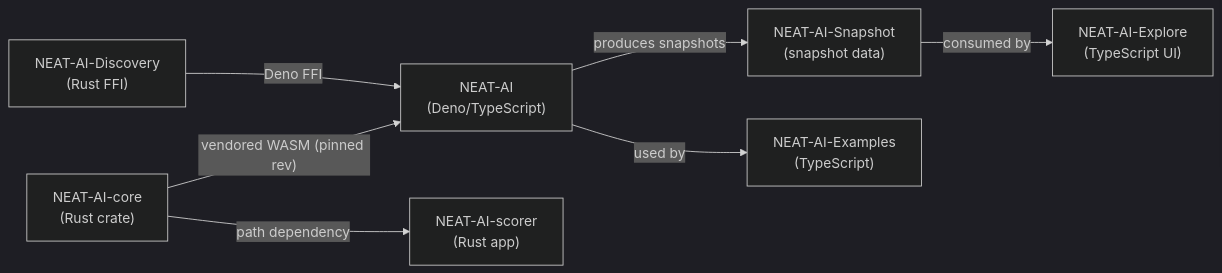
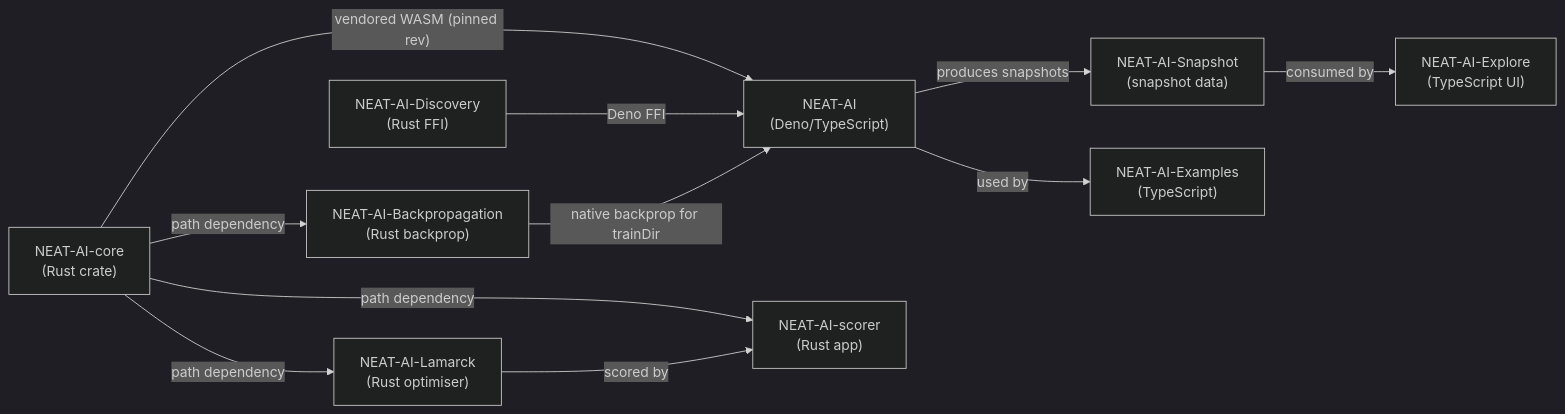
Before and after one commit to stSoftwareAU/NEAT-AI: the third of 3 diagrams in README.md, drawn with Mermaid (dark theme). The commit also changed other lines of this file and 8 other files, not shown here.

````diff
--- a/README.md
+++ b/README.md
@@ -316,17 +318,23 @@
 ```mermaid
 flowchart LR
   core["NEAT-AI-core<br/>(Rust crate)"]
   discovery["NEAT-AI-Discovery<br/>(Rust FFI)"]
   neat["NEAT-AI<br/>(Deno/TypeScript)"]
   snapshot["NEAT-AI-Snapshot<br/>(snapshot data)"]
   scorer["NEAT-AI-scorer<br/>(Rust app)"]
+  backprop["NEAT-AI-Backpropagation<br/>(Rust backprop)"]
+  lamarck["NEAT-AI-Lamarck<br/>(Rust optimiser)"]
   explore["NEAT-AI-Explore<br/>(TypeScript UI)"]
   examples["NEAT-AI-Examples<br/>(TypeScript)"]
 
   core -- "vendored WASM (pinned rev)" --> neat
   core -- "path dependency" --> scorer
+  core -- "path dependency" --> backprop
+  core -- "path dependency" --> lamarck
   discovery -- "Deno FFI" --> neat
+  backprop -- "native backprop for trainDir" --> neat
+  lamarck -- "scored by" --> scorer
   neat -- "produces snapshots" --> snapshot
   snapshot -- "consumed by" --> explore
   neat -- "used by" --> examples
 ```
````
